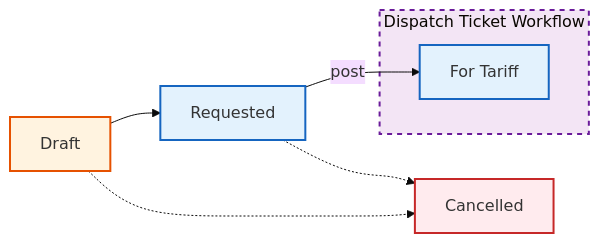
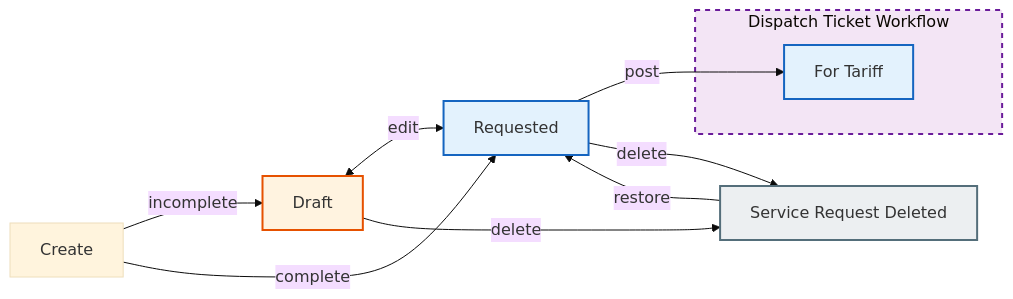
One commit to fri-mis-enterprise/MMSI.IBS changed the diagram in Docs/manual/05-service-request.md. Above: the diagram before and after it, drawn with Mermaid (base theme). The commit also changed other lines of this file and 5 other files, not shown here.

Commit message:
docs: correct MSAP workflow charts to match UI flow + add workflow design review

````diff
--- a/Docs/manual/05-service-request.md
+++ b/Docs/manual/05-service-request.md
@@ -7,20 +9,24 @@
 ```mermaid
 graph LR
-    Draft --> Requested
+    Create[Create] -->|incomplete| Draft
+    Create -->|complete| Requested
+    Draft <-->|edit| Requested
     Requested -->|post| ForTariff[For Tariff]
-    Draft -.-> Cancelled
-    Requested -.-> Cancelled
 
     subgraph DT[Dispatch Ticket Workflow]
         ForTariff
     end
 
+    Draft -->|delete| SRDeleted[Service Request Deleted]
+    Requested -->|delete| SRDeleted
+    SRDeleted -->|restore| Requested
+
     classDef draft fill:#fff3e0,stroke:#e65100,stroke-width:2px;
     classDef active fill:#e3f2fd,stroke:#1565c0,stroke-width:2px;
-    classDef cancelled fill:#ffebee,stroke:#c62828,stroke-width:2px;
+    classDef deleted fill:#eceff1,stroke:#546e7a,stroke-width:2px;
     classDef dt fill:#f3e5f5,stroke:#6a1b9a,stroke-width:2px,stroke-dasharray:5 5;
     class Draft draft;
     class Requested,ForTariff active;
-    class Cancelled cancelled;
+    class SRDeleted deleted;
     class DT dt;
 ```
````
